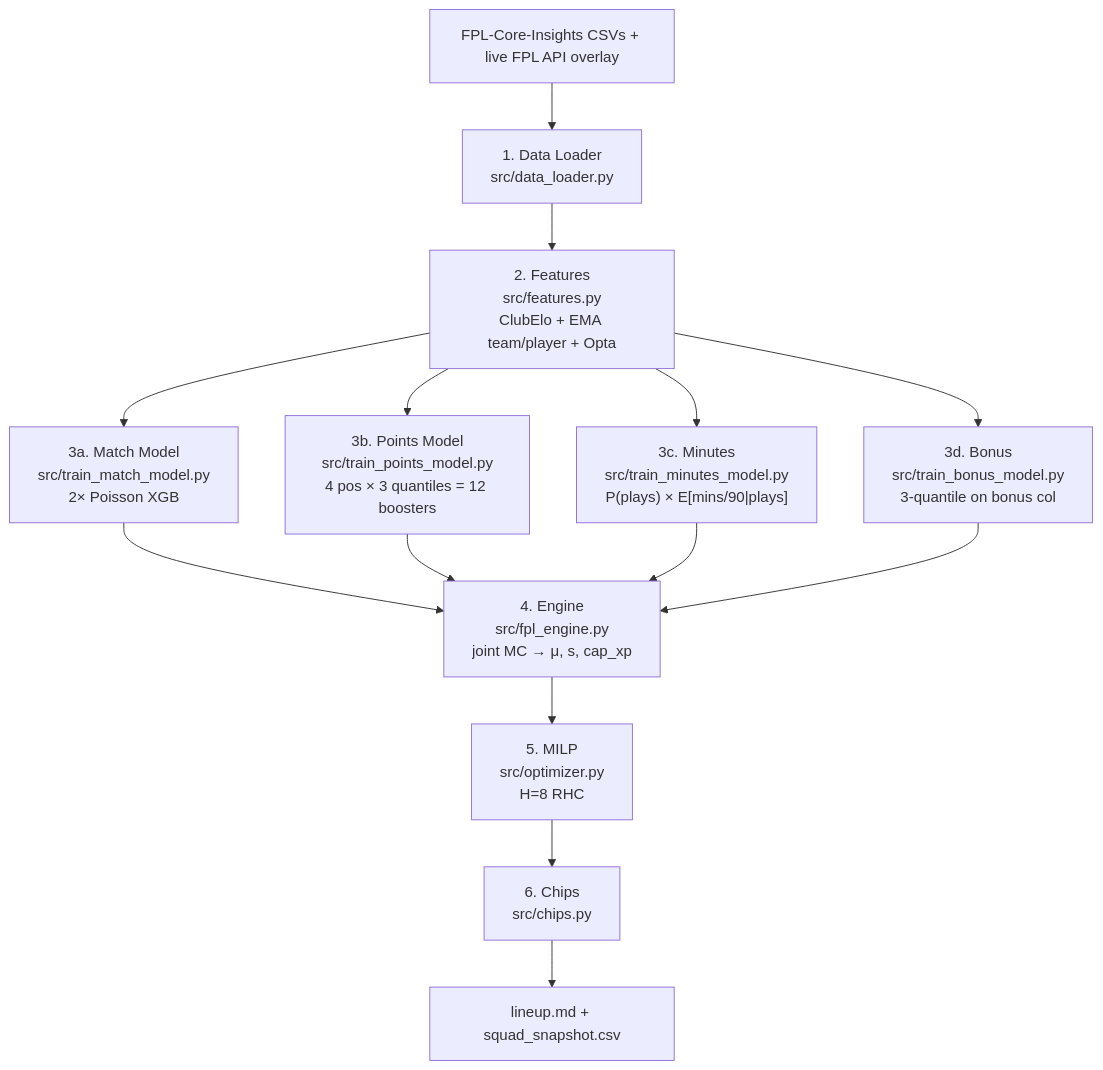
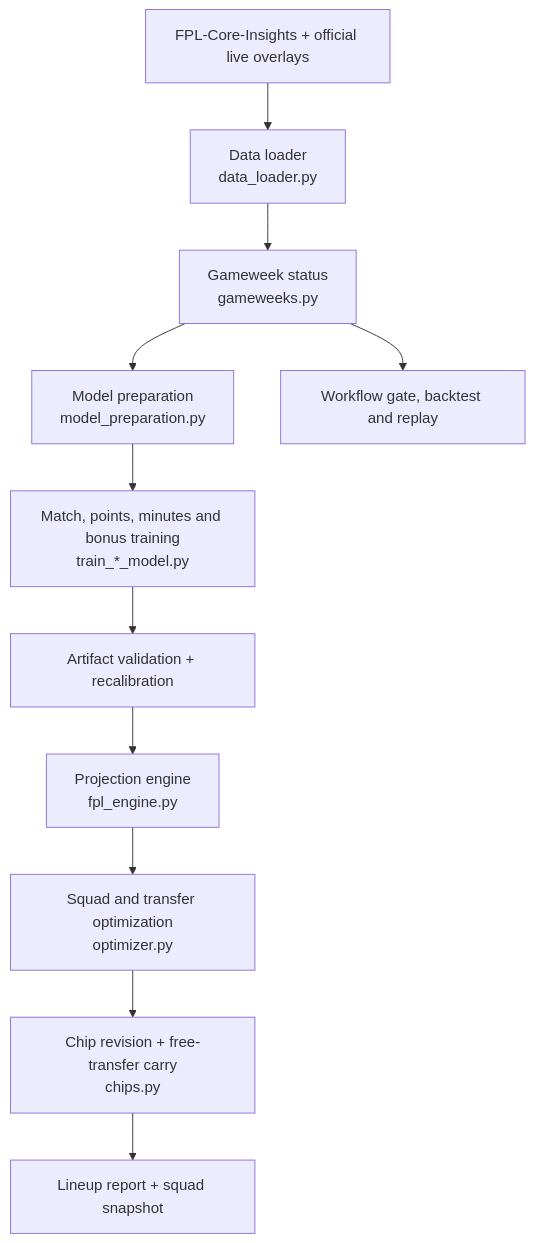
Before and after one commit to truong-tt/fpl-ml-manager: the diagram in docs/README.md, drawn with Mermaid. The commit also changed other lines of this file and 22 other files, not shown here.

````diff
--- a/docs/README.md
+++ b/docs/README.md
@@ -37,17 +37,13 @@
 ```mermaid
 flowchart TD
-    A["FPL-Core-Insights CSVs + live FPL API overlay"]
-    B["1. Data Loader<br/>src/data_loader.py"]
-    C["2. Features<br/>src/features.py<br/>ClubElo + EMA team/player + Opta"]
-    D["3a. Match Model<br/>src/train_match_model.py<br/>2× Poisson XGB"]
-    E["3b. Points Model<br/>src/train_points_model.py<br/>4 pos × 3 quantiles = 12 boosters"]
-    M["3c. Minutes<br/>src/train_minutes_model.py<br/>P(plays) × E[mins/90|plays]"]
-    N["3d. Bonus<br/>src/train_bonus_model.py<br/>3-quantile on bonus col"]
-    F["4. Engine<br/>src/fpl_engine.py<br/>joint MC → μ, s, cap_xp"]
-    G["5. MILP<br/>src/optimizer.py<br/>H=8 RHC"]
-    H["6. Chips<br/>src/chips.py"]
-    I["lineup.md + squad_snapshot.csv"]
-    A --> B --> C
-    C --> D & E & M & N
-    D & E & M & N --> F --> G --> H --> I
+    A["FPL-Core-Insights + official live overlays"] --> B["Data loader<br/>data_loader.py"]
+    B --> C["Gameweek status<br/>gameweeks.py"]
+    C --> D["Model preparation<br/>model_preparation.py"]
+    D --> E["Match, points, minutes and bonus training<br/>train_*_model.py"]
+    E --> F["Artifact validation + recalibration"]
+    F --> G["Projection engine<br/>fpl_engine.py"]
+    G --> H["Squad and transfer optimization<br/>optimizer.py"]
+    H --> I["Chip revision + free-transfer carry<br/>chips.py"]
+    I --> J["Lineup report + squad snapshot"]
+    C --> K["Workflow gate, backtest and replay"]
 ```
````
